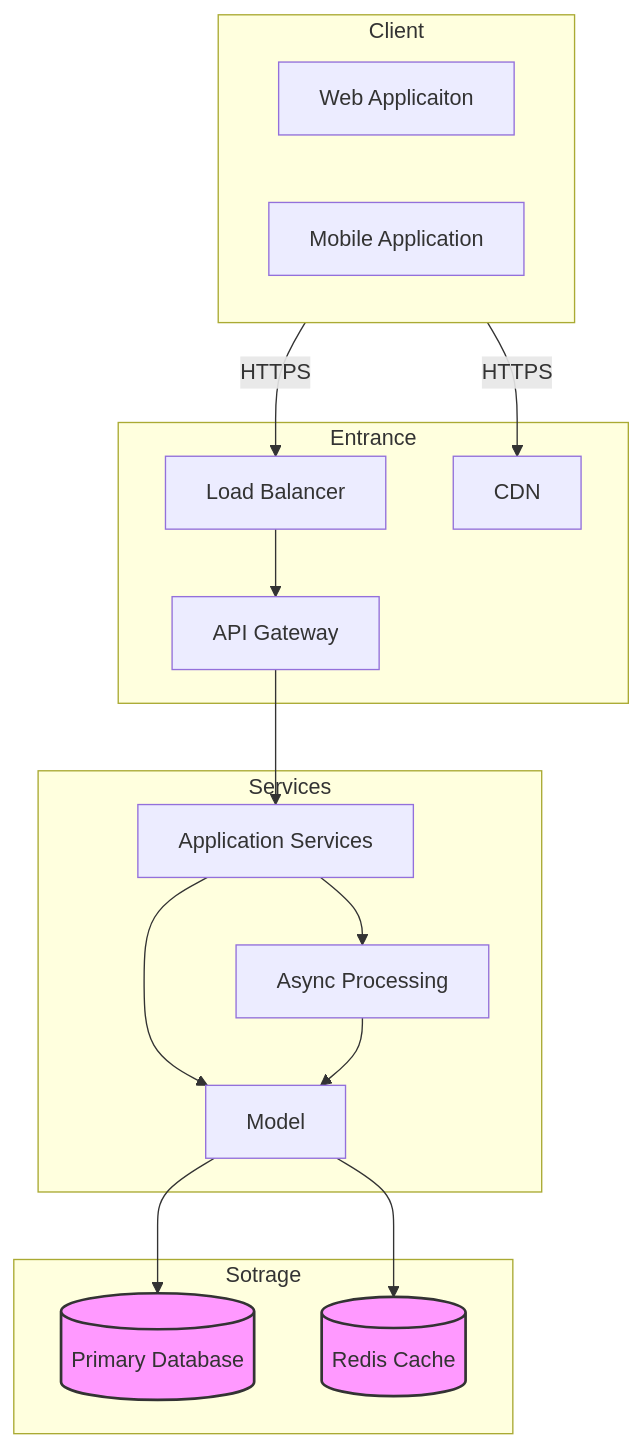
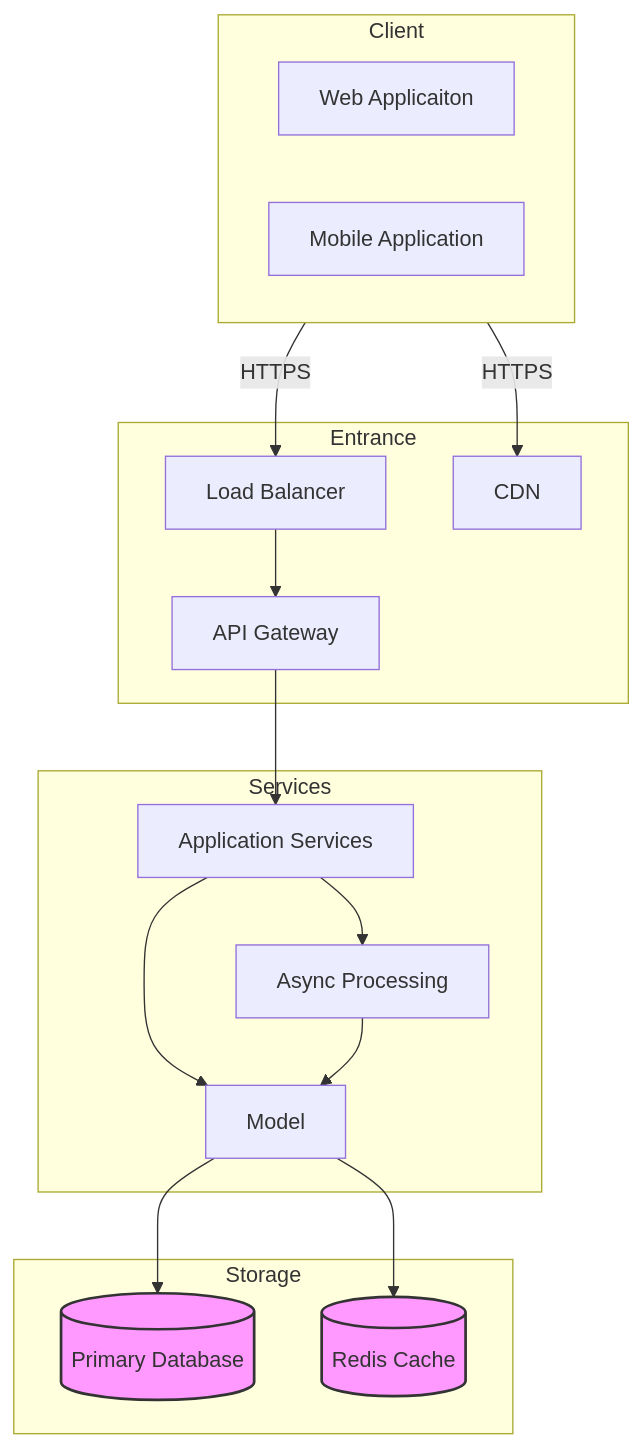
Before and after one commit to Enfrai/800.2_English_Club: the diagram in docs/system_design/architeture.md, drawn with Mermaid.

Commit message:
update architecture diagram

````diff
--- a/docs/system_design/architeture.md
+++ b/docs/system_design/architeture.md
@@ -5,39 +5,39 @@
 ```mermaid
 graph TD
     %% Styling and layout
 
     subgraph Client
         %% direction LR
 
         Web[Web Applicaiton]
         Mobile[Mobile Application]
     end
 
     Client -->|HTTPS| LoadBalancer[Load Balancer]
 
     Client --> |HTTPS| CDN
 
     subgraph Entrance
         LoadBalancer --> APIGateway[API Gateway]
         CDN[CDN]
     end
     
     subgraph Services
         
         APIGateway --> ApplicationService[Application Services]
         ApplicationService --> Model[Model]
 
 
         ApplicationService --> AsyncProcessing[Async Processing]
 
         AsyncProcessing --> Model
     end
 
-    subgraph Sotrage
+    subgraph Storage
         Model --> DB[(Primary Database)]
         Model --> Cache[(Redis Cache)]
     end
 
     classDef database fill:#f9f,stroke:#333,stroke-width:2px;
     class DB,Cache database;
 ```
````
